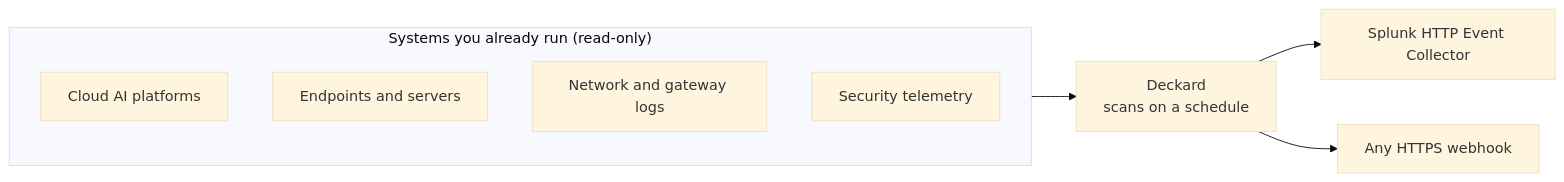
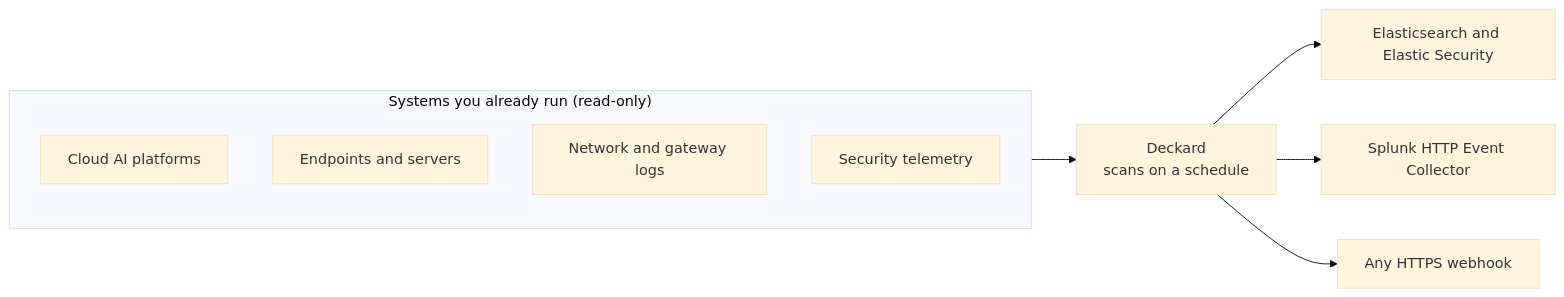
The diagram in docs/how-it-works.md (arthur-ai/arthur-deckard), drawn with Mermaid (base theme) before and after one commit. The commit also changed other lines of this file and 8 other files, not shown here.

````diff
--- a/docs/how-it-works.md
+++ b/docs/how-it-works.md
@@ -20,13 +20,14 @@
 ```mermaid
 flowchart LR
   subgraph Classes["Systems you already run (read-only)"]
     direction TB
     C["Cloud AI platforms"]
     E["Endpoints and servers"]
     N["Network and gateway logs"]
     S["Security telemetry"]
   end
   Classes --> D["Deckard<br/>scans on a schedule"]
+  D --> L["Elasticsearch and Elastic Security"]
   D --> H["Splunk HTTP Event Collector"]
   D --> W["Any HTTPS webhook"]
 ```
````
